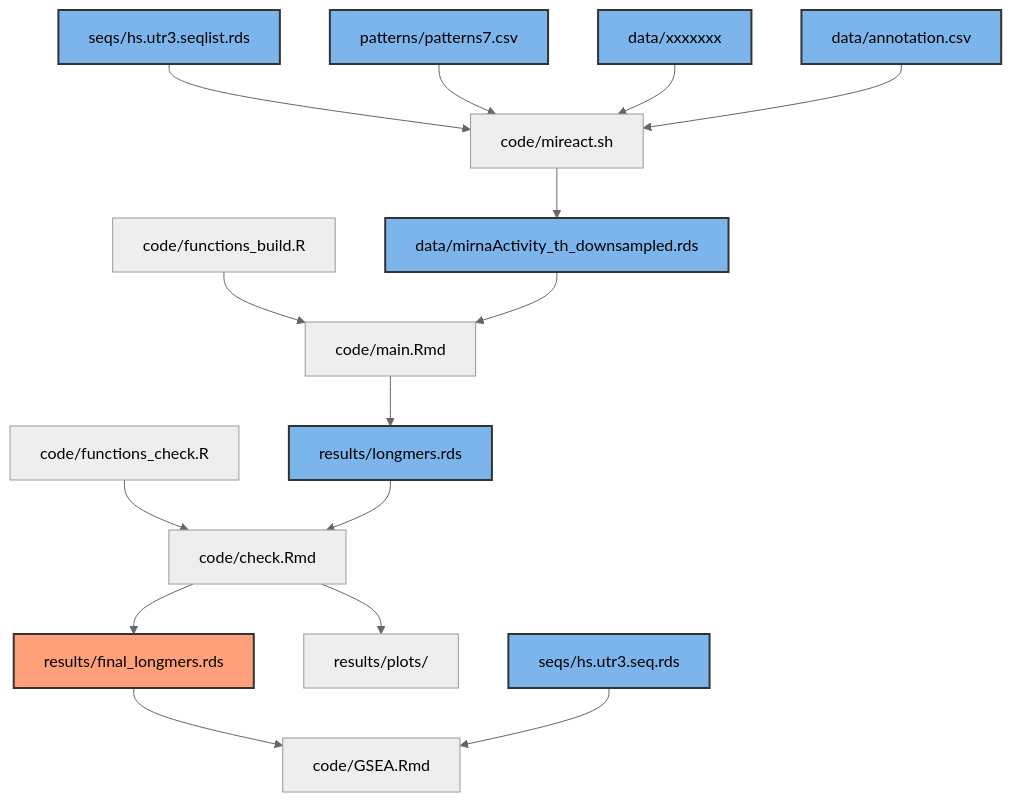
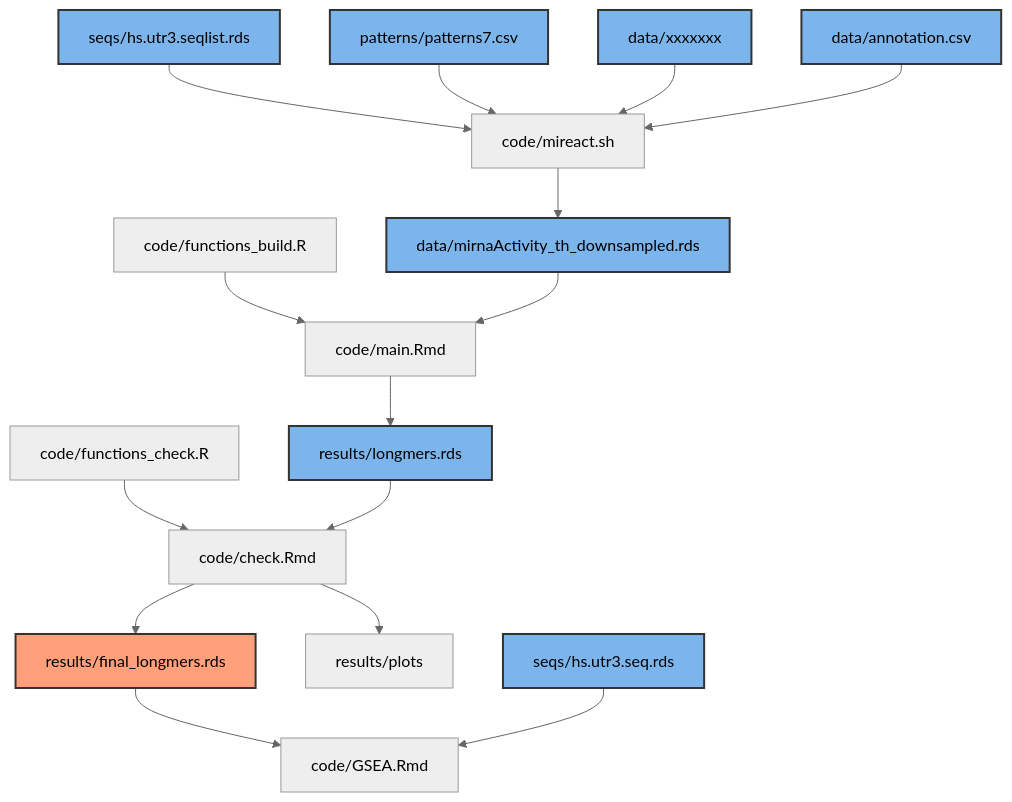
One commit to PaulaRodrigoMartin/SMLB changed the diagram in README.md. Above: the diagram before and after it, drawn with Mermaid (neutral theme).

````diff
--- a/README.md
+++ b/README.md
@@ -1,45 +1,45 @@
 ```mermaid
 graph TD;
     seqlist[seqs/hs.utr3.seqlist.rds]
     seqs[seqs/hs.utr3.seq.rds]
     mireact_input[data/xxxxxxx]
     miReact_output[data/mirnaActivity_th_downsampled.rds]
     7mers[patterns/patterns7.csv]
     annotation[data/annotation.csv]
     miReact[code/mireact.sh]
     functions[code/functions_build.R]
     functionsc[code/functions_check.R]
     main_notebook[code/main.Rmd]
     check_notebook[code/check.Rmd]
     GSEA[code/GSEA.Rmd]
-    plots[results/plots/]
+    plots[results/plots]
     longmers[results/longmers.rds]
     finallongmers[results/final_longmers.rds]
     
 
     style seqlist fill:#7cb5ec,stroke:#333,stroke-width:2px;
     style miReact_output fill:#7cb5ec,stroke:#333,stroke-width:2px;
     style 7mers fill:#7cb5ec,stroke:#333,stroke-width:2px;
     style mireact_input fill:#7cb5ec,stroke:#333,stroke-width:2px;
     style seqs fill:#7cb5ec,stroke:#333,stroke-width:2px;
     style annotation fill:#7cb5ec,stroke:#333,stroke-width:2px;
     style longmers fill:#7cb5ec,stroke:#333,stroke-width:2px;
     style finallongmers fill:#FFA07A,stroke:#333,stroke-width:2px;
 
 
     seqlist-->miReact
     7mers-->miReact
     mireact_input-->miReact
     annotation-->miReact
     miReact-->miReact_output
     functions-->main_notebook
     functionsc-->check_notebook
     main_notebook-->longmers
     longmers-->check_notebook
     check_notebook-->plots
     check_notebook-->finallongmers
     finallongmers-->GSEA
     seqs-->GSEA
     miReact_output-->main_notebook
 
 ```
````
